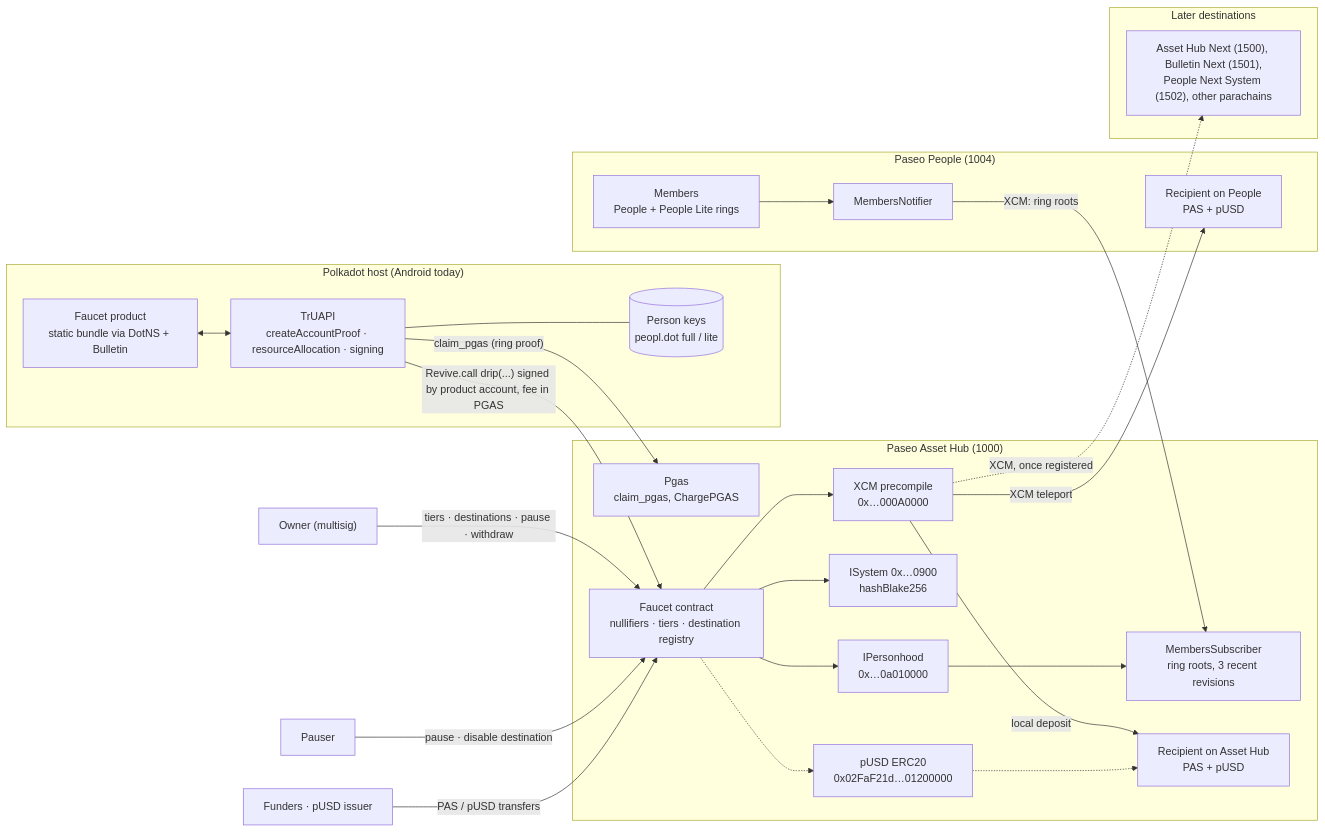
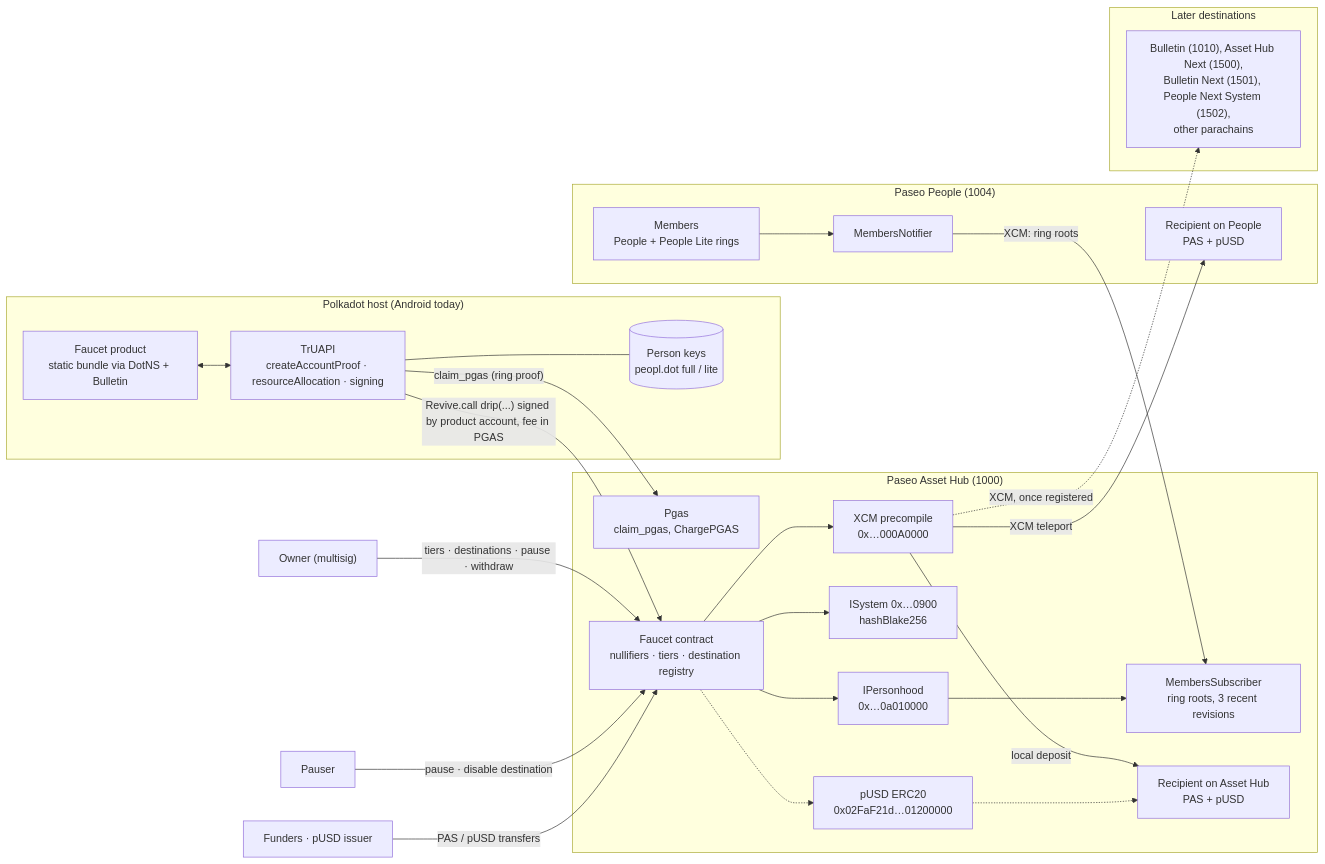
Before and after one commit to paseo-network/paseo-faucet: the first of 7 diagrams in docs/SPEC.md, drawn with Mermaid. The commit also changed other lines of this file and 1 other file, not shown here.

First line of the commit message:
docs: add Bulletin to the launch set and record the product name

````diff
--- a/docs/SPEC.md
+++ b/docs/SPEC.md
@@ -151,46 +151,46 @@
 ```mermaid
 flowchart LR
   subgraph Host["Polkadot host (Android today)"]
     UI["Faucet product<br/>static bundle via DotNS + Bulletin"]
     HAPI["TrUAPI<br/>createAccountProof · resourceAllocation · signing"]
     KEYS[("Person keys<br/>peopl.dot full / lite")]
     UI <--> HAPI
     HAPI --- KEYS
   end
 
   subgraph People["Paseo People (1004)"]
     MEM["Members<br/>People + People Lite rings"]
     NOT["MembersNotifier"]
     RPP["Recipient on People<br/>PAS + pUSD"]
     MEM --> NOT
   end
 
   subgraph AH["Paseo Asset Hub (1000)"]
     SUB["MembersSubscriber<br/>ring roots, 3 recent revisions"]
     PGAS["Pgas<br/>claim_pgas, ChargePGAS"]
     FC["Faucet contract<br/>nullifiers · tiers · destination registry"]
     PP["IPersonhood<br/>0x…0a010000"]
     SYS["ISystem 0x…0900<br/>hashBlake256"]
     XCMP["XCM precompile<br/>0x…000A0000"]
     ERC["pUSD ERC20<br/>0x02FaF21d…01200000"]
     RCP["Recipient on Asset Hub<br/>PAS + pUSD"]
     FC --> PP --> SUB
     FC --> SYS
     FC --> XCMP -- "local deposit" --> RCP
     FC -.-> ERC -.-> RCP
   end
 
   subgraph More["Later destinations"]
-    RNX["Asset Hub Next (1500), Bulletin Next (1501),<br/>People Next System (1502), other parachains"]
+    RNX["Bulletin (1010), Asset Hub Next (1500),<br/>Bulletin Next (1501), People Next System (1502),<br/>other parachains"]
   end
 
   NOT -- "XCM: ring roots" --> SUB
   XCMP -- "XCM teleport" --> RPP
   XCMP -. "XCM, once registered" .-> RNX
   HAPI -- "claim_pgas (ring proof)" --> PGAS
   HAPI -- "Revive.call drip(...) signed by product account, fee in PGAS" --> FC
 
   OWN["Owner (multisig)"] -- "tiers · destinations · pause · withdraw" --> FC
   PAU["Pauser"] -- "pause · disable destination" --> FC
   FUND["Funders · pUSD issuer"] -- "PAS / pUSD transfers" --> FC
 ```
````
